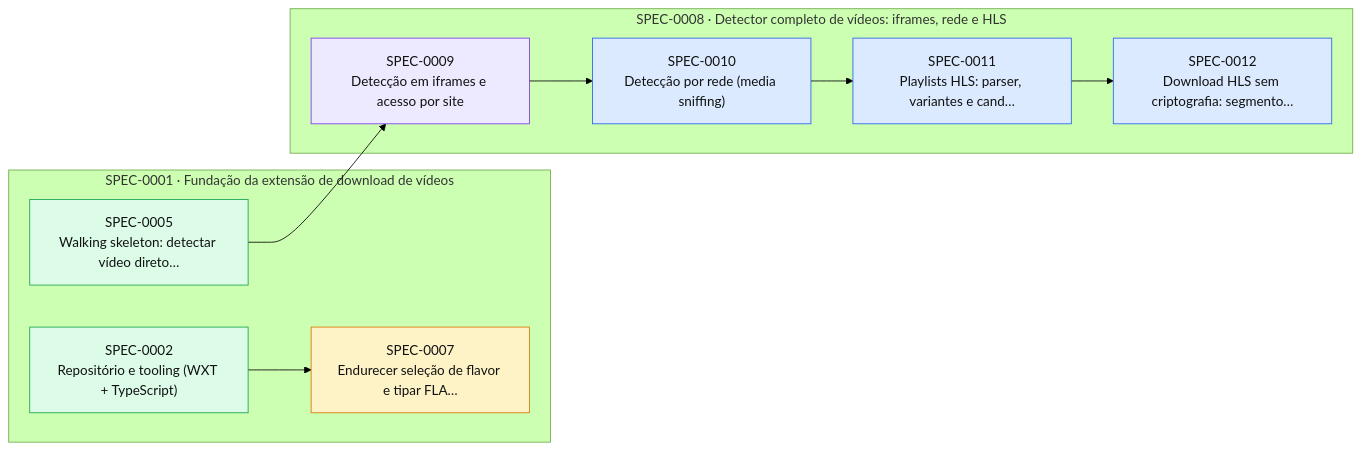
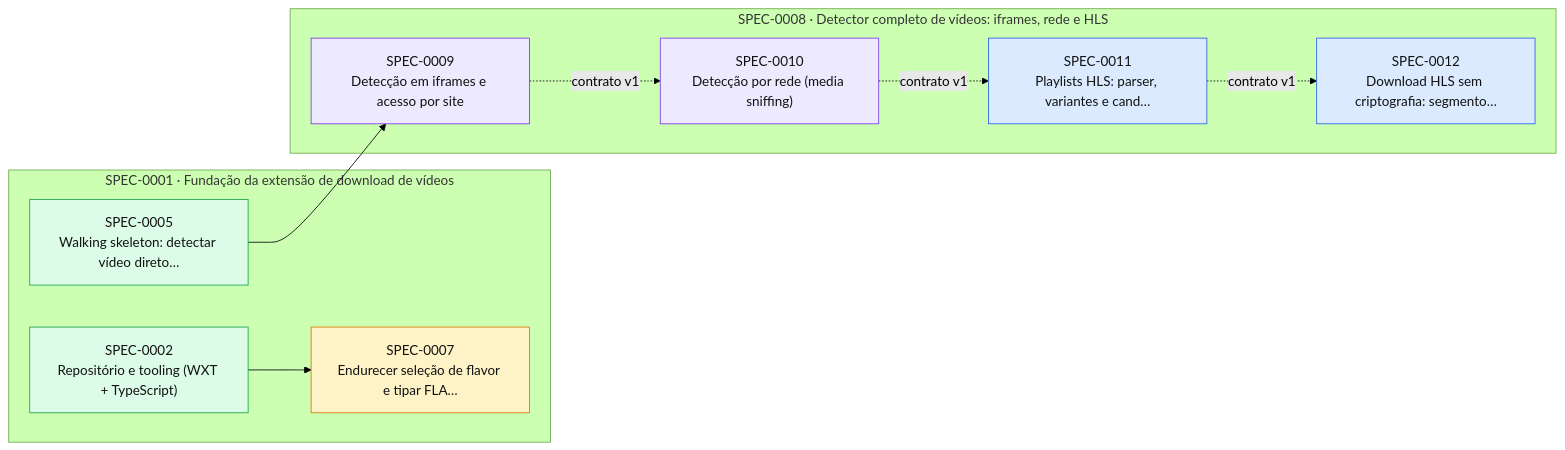
Before and after one commit to thomasravache/video-downloader: the diagram in docs/specs/INDEX.md, drawn with Mermaid (forest theme). The commit also changed other lines of this file and 3 other files, not shown here.

First line of the commit message:
docs(sdd): sequence the detector specs by contract and start SPEC-0010

````diff
--- a/docs/specs/INDEX.md
+++ b/docs/specs/INDEX.md
@@ -63,24 +63,24 @@
 ```mermaid
 flowchart LR
   subgraph E0001["SPEC-0001 · Fundação da extensão de download de vídeos"]
     S0002["SPEC-0002<br/>Repositório e tooling (WXT + TypeScript)"]:::implemented
     S0005["SPEC-0005<br/>Walking skeleton: detectar vídeo direto…"]:::implemented
     S0007["SPEC-0007<br/>Endurecer seleção de flavor e tipar FLA…"]:::proposed
   end
   subgraph E0008["SPEC-0008 · Detector completo de vídeos: iframes, rede e HLS"]
     S0009["SPEC-0009<br/>Detecção em iframes e acesso por site"]:::inprogress
-    S0010["SPEC-0010<br/>Detecção por rede (media sniffing)"]:::approved
+    S0010["SPEC-0010<br/>Detecção por rede (media sniffing)"]:::inprogress
     S0011["SPEC-0011<br/>Playlists HLS: parser, variantes e cand…"]:::approved
     S0012["SPEC-0012<br/>Download HLS sem criptografia: segmento…"]:::approved
   end
   S0002 --> S0007
   S0005 --> S0009
-  S0009 --> S0010
-  S0010 --> S0011
-  S0011 --> S0012
+  S0009 -. contrato v1 .-> S0010
+  S0010 -. contrato v1 .-> S0011
+  S0011 -. contrato v1 .-> S0012
   classDef proposed fill:#fef3c7,stroke:#d97706,color:#111
   classDef approved fill:#dbeafe,stroke:#2563eb,color:#111
   classDef inprogress fill:#ede9fe,stroke:#7c3aed,color:#111
   classDef implemented fill:#dcfce7,stroke:#16a34a,color:#111
   classDef deprecated fill:#f3f4f6,stroke:#9ca3af,color:#6b7280
 ```
````
